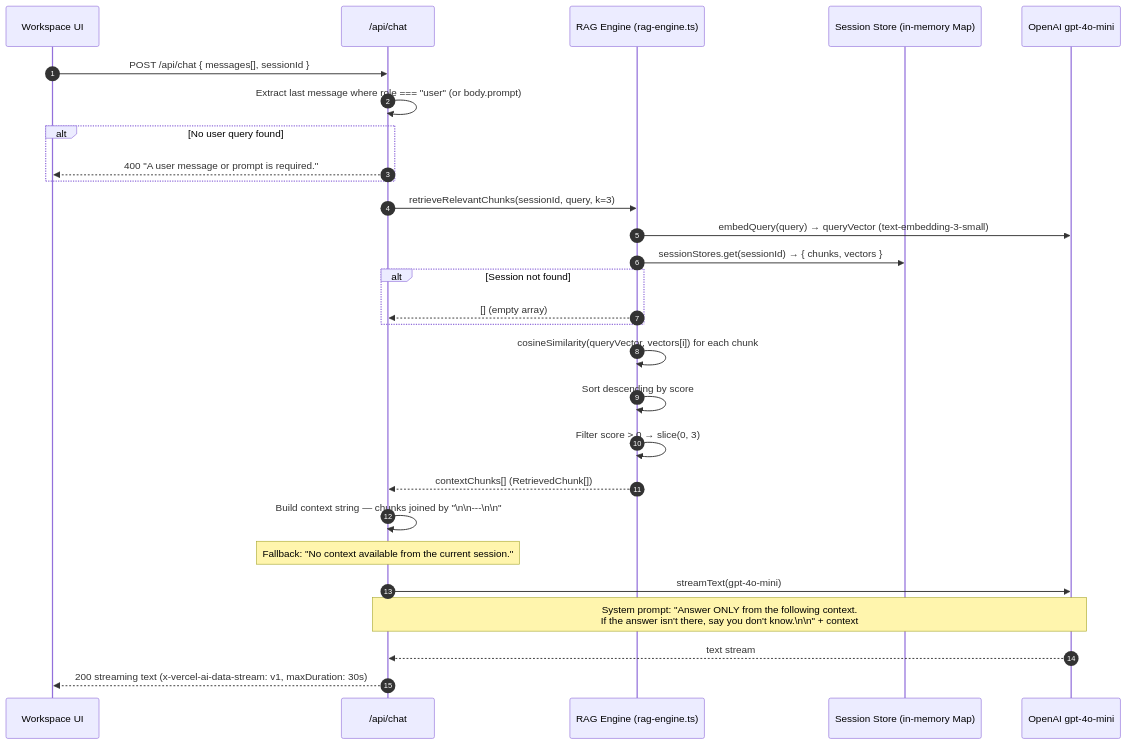
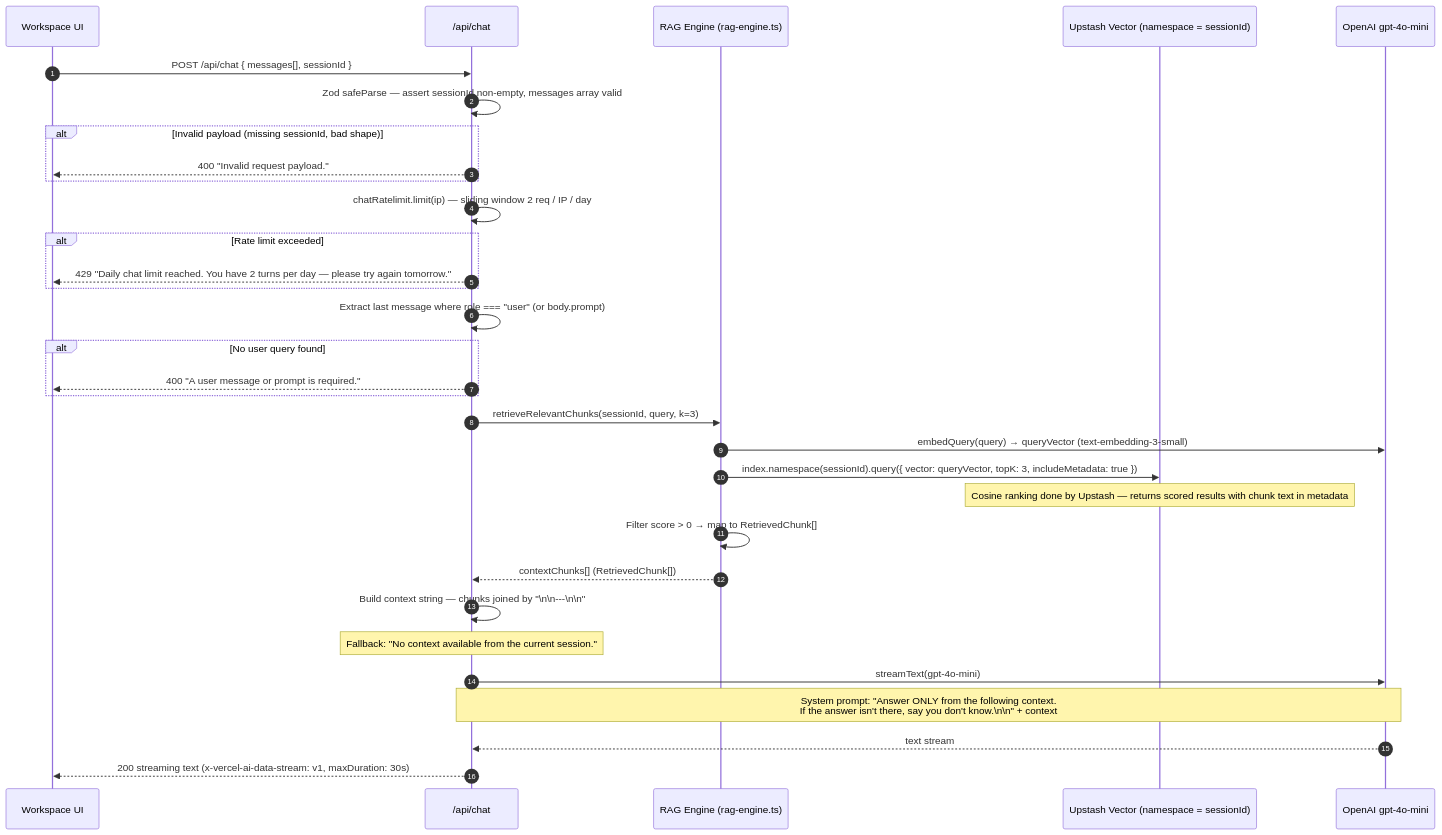
Before and after one commit to GeorgianaAI/documind-ai: the second of 4 diagrams in docs/ARCHITECTURE_FLOWS.md, drawn with Mermaid. The commit also changed other lines of this file and 5 other files, not shown here.

First line of the commit message:
docs: update all hardening docs — CLAUDE.md, README, arch flows, roadmap, advisory

````diff
--- a/docs/ARCHITECTURE_FLOWS.md
+++ b/docs/ARCHITECTURE_FLOWS.md
@@ -130,36 +135,42 @@
 ```mermaid
 sequenceDiagram
 autonumber
 participant UI as Workspace UI
 participant CH as /api/chat
 participant RAG as RAG Engine (rag-engine.ts)
-participant SS as Session Store (in-memory Map)
+participant SS as Upstash Vector (namespace = sessionId)
 participant OAI as OpenAI gpt-4o-mini
 
 UI->>CH: POST /api/chat { messages[], sessionId }
+
+CH->>CH: Zod safeParse — assert sessionId non-empty, messages array valid
+alt Invalid payload (missing sessionId, bad shape)
+  CH-->>UI: 400 "Invalid request payload."
+end
+
+CH->>CH: chatRatelimit.limit(ip) — sliding window 2 req / IP / day
+alt Rate limit exceeded
+  CH-->>UI: 429 "Daily chat limit reached. You have 2 turns per day — please try again tomorrow."
+end
 
 CH->>CH: Extract last message where role === "user" (or body.prompt)
 alt No user query found
   CH-->>UI: 400 "A user message or prompt is required."
 end
 
 CH->>RAG: retrieveRelevantChunks(sessionId, query, k=3)
 RAG->>OAI: embedQuery(query) → queryVector (text-embedding-3-small)
-RAG->>SS: sessionStores.get(sessionId) → { chunks, vectors }
-alt Session not found
-  RAG-->>CH: [] (empty array)
-end
-RAG->>RAG: cosineSimilarity(queryVector, vectors[i]) for each chunk
-RAG->>RAG: Sort descending by score
-RAG->>RAG: Filter score > 0 → slice(0, 3)
+RAG->>SS: index.namespace(sessionId).query({ vector: queryVector, topK: 3, includeMetadata: true })
+Note over SS: Cosine ranking done by Upstash — returns scored results with chunk text in metadata
+RAG->>RAG: Filter score > 0 → map to RetrievedChunk[]
 RAG-->>CH: contextChunks[] (RetrievedChunk[])
 
 CH->>CH: Build context string — chunks joined by "\n\n---\n\n"
 Note over CH: Fallback: "No context available from the current session."
 
 CH->>OAI: streamText(gpt-4o-mini)
 Note over CH,OAI: System prompt: "Answer ONLY from the following context.<br/>If the answer isn't there, say you don't know.\n\n" + context
 OAI-->>CH: text stream
 
 CH-->>UI: 200 streaming text (x-vercel-ai-data-stream: v1, maxDuration: 30s)
 ```
````
